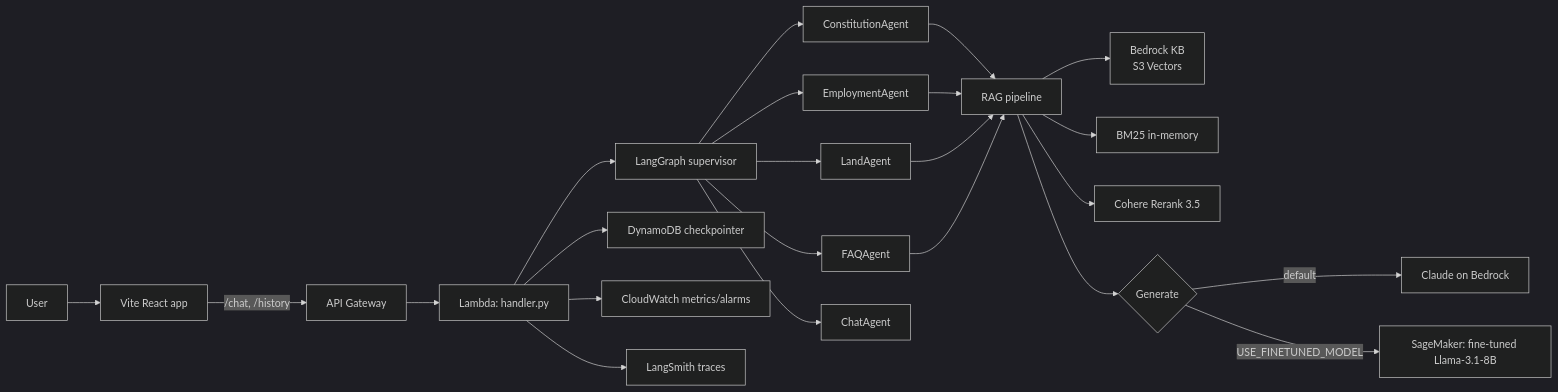
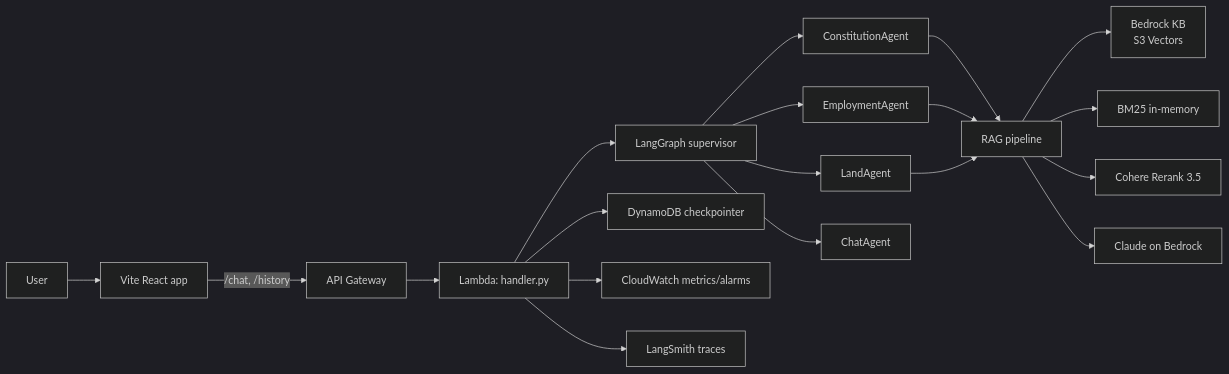
One commit to davenjeru/haki-ai changed the diagram in README.md. Above: the diagram before and after it, drawn with Mermaid (dark theme). The commit also changed other lines of this file and 38 other files, not shown here.

First line of the commit message:
chore: remove web-scraping + FAQ agent + SageMaker fine-tuning

````diff
--- a/README.md
+++ b/README.md
@@ -62,22 +62,19 @@
 ```mermaid
 flowchart LR
   U[User] --> F[Vite React app]
   F -->|/chat, /history| G[API Gateway]
   G --> L[Lambda: handler.py]
   L --> LG[LangGraph supervisor]
   LG --> S1[ConstitutionAgent]
   LG --> S2[EmploymentAgent]
   LG --> S3[LandAgent]
-  LG --> S4[FAQAgent]
   LG --> CH[ChatAgent]
-  S1 & S2 & S3 & S4 --> RAG[RAG pipeline]
+  S1 & S2 & S3 --> RAG[RAG pipeline]
   RAG --> KB[Bedrock KB<br/>S3 Vectors]
   RAG --> BM[BM25 in-memory]
   RAG --> RR[Cohere Rerank 3.5]
-  RAG --> GEN{Generate}
-  GEN -->|default| CL[Claude on Bedrock]
-  GEN -->|USE_FINETUNED_MODEL| SM[SageMaker: fine-tuned Llama-3.1-8B]
+  RAG --> GEN[Claude on Bedrock]
   L --> DDB[DynamoDB checkpointer]
   L --> CW[CloudWatch metrics/alarms]
   L --> LS[LangSmith traces]
 ```
````
